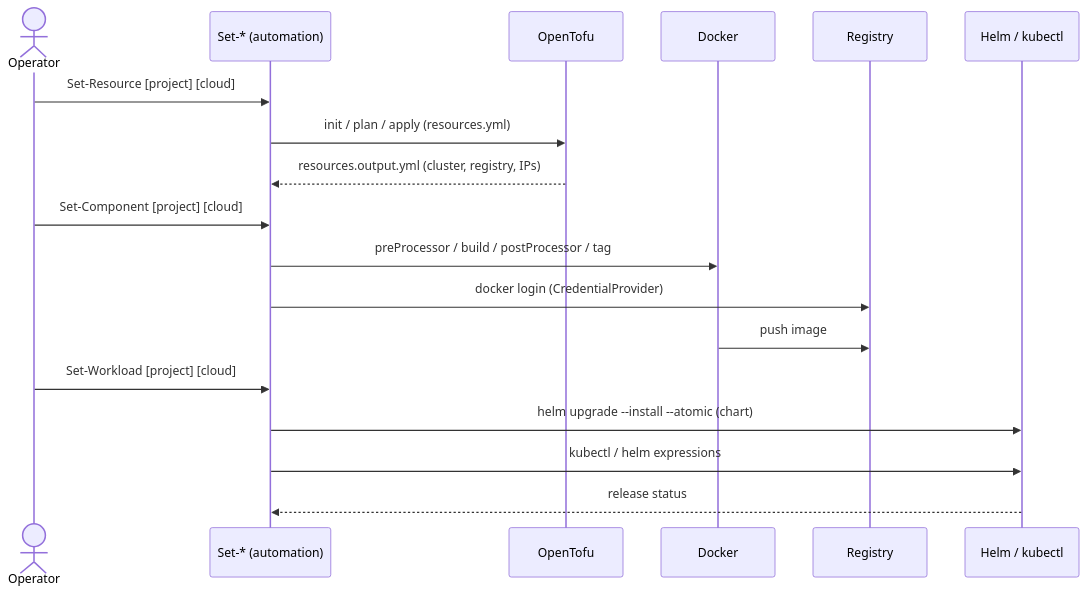
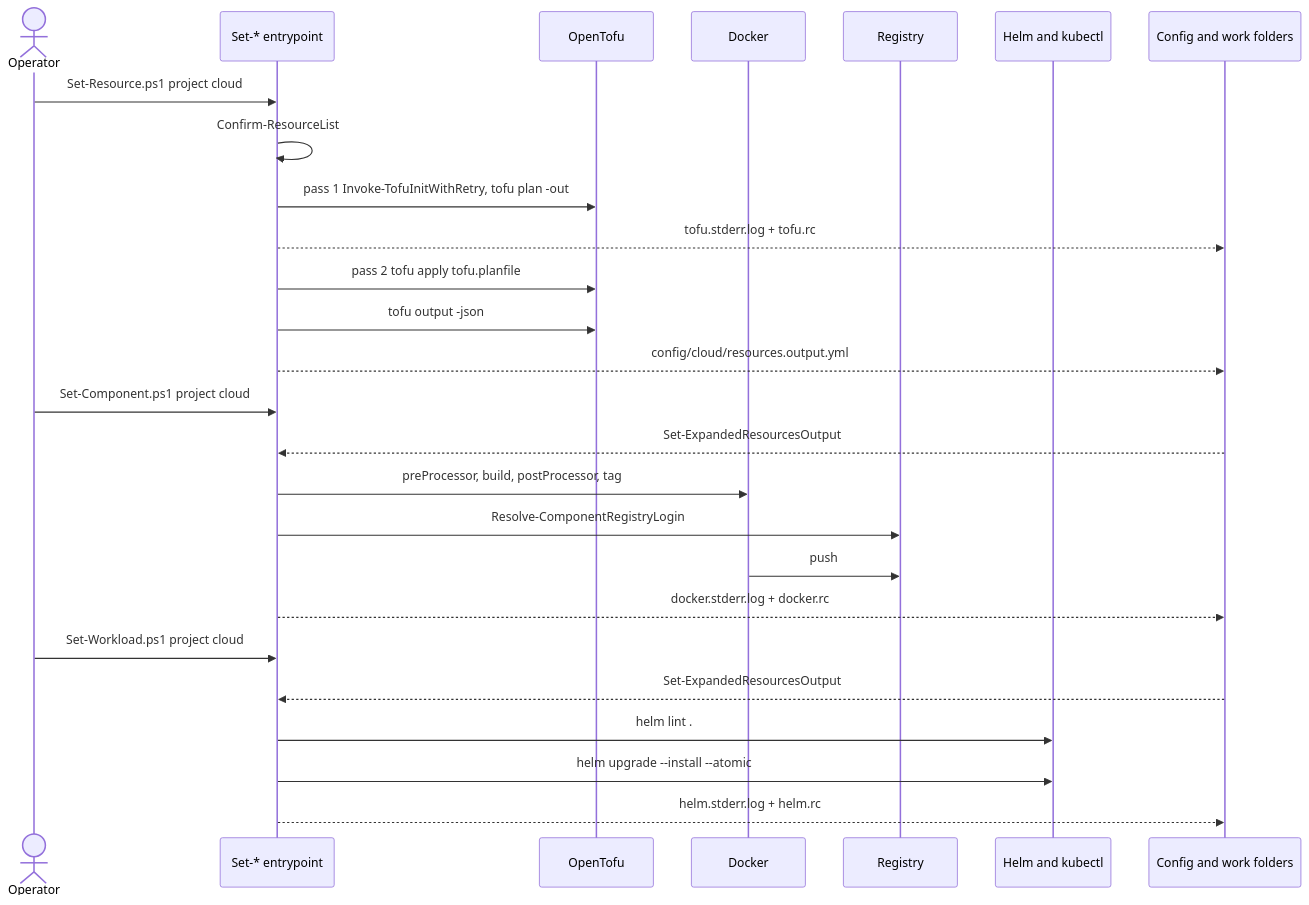
One commit to alissonsol/yuruna changed the first of 6 diagrams in docs/design/03-data-flows.md. Above: the diagram before and after it, drawn with Mermaid. The commit also changed other lines of this file and 652 other files, not shown here.

````diff
--- a/docs/design/03-data-flows.md
+++ b/docs/design/03-data-flows.md
@@ -18,21 +22,31 @@
 ```mermaid
 sequenceDiagram
     actor Operator
-    participant Engine as Set-* (automation)
+    participant Engine as Set-* entrypoint
     participant Tofu as OpenTofu
     participant Docker
     participant Registry
-    participant Cluster as Helm / kubectl
+    participant Cluster as Helm and kubectl
+    participant Files as Config and work folders
 
-    Operator->>Engine: Set-Resource [project] [cloud]
-    Engine->>Tofu: init / plan / apply (resources.yml)
-    Tofu-->>Engine: resources.output.yml (cluster, registry, IPs)
-    Operator->>Engine: Set-Component [project] [cloud]
-    Engine->>Docker: preProcessor / build / postProcessor / tag
-    Engine->>Registry: docker login (CredentialProvider)
-    Docker->>Registry: push image
-    Operator->>Engine: Set-Workload [project] [cloud]
-    Engine->>Cluster: helm upgrade --install --atomic (chart)
-    Engine->>Cluster: kubectl / helm expressions
-    Cluster-->>Engine: release status
+    Operator->>Engine: Set-Resource.ps1 project cloud
+    Engine->>Engine: Confirm-ResourceList
+    Engine->>Tofu: pass 1 Invoke-TofuInitWithRetry, tofu plan -out
+    Engine-->>Files: tofu.stderr.log + tofu.rc
+    Engine->>Tofu: pass 2 tofu apply tofu.planfile
+    Engine->>Tofu: tofu output -json
+    Engine-->>Files: config/cloud/resources.output.yml
+
+    Operator->>Engine: Set-Component.ps1 project cloud
+    Files-->>Engine: Set-ExpandedResourcesOutput
+    Engine->>Docker: preProcessor, build, postProcessor, tag
+    Engine->>Registry: Resolve-ComponentRegistryLogin
+    Docker->>Registry: push
+    Engine-->>Files: docker.stderr.log + docker.rc
+
+    Operator->>Engine: Set-Workload.ps1 project cloud
+    Files-->>Engine: Set-ExpandedResourcesOutput
+    Engine->>Cluster: helm lint .
+    Engine->>Cluster: helm upgrade --install --atomic
+    Engine-->>Files: helm.stderr.log + helm.rc
 ```
````
